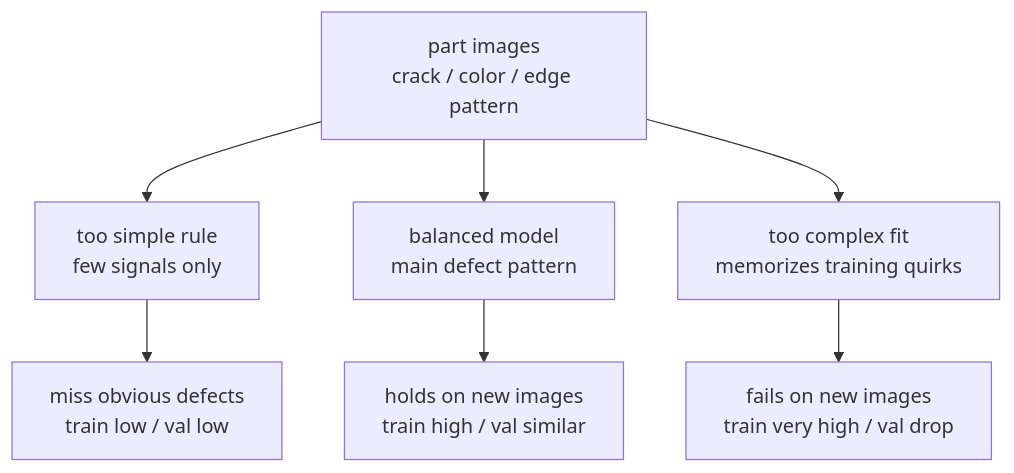
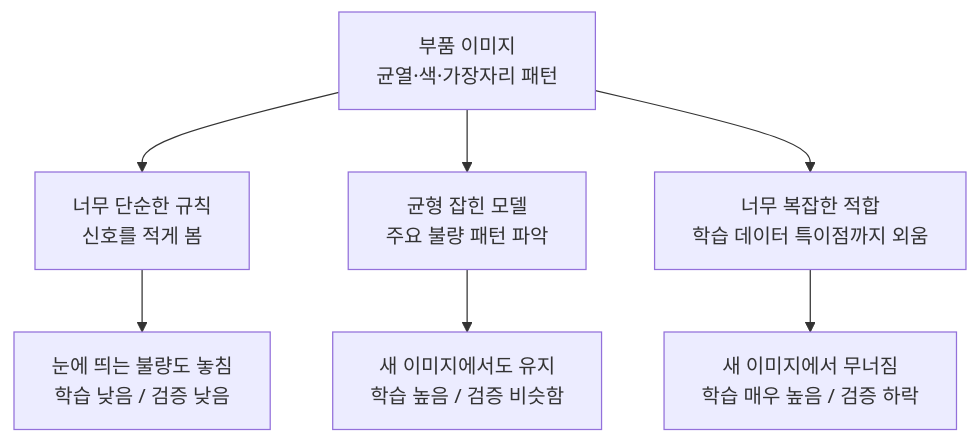
One commit to devchan64/AiBook changed the first of 3 diagrams in docs/parts/part-04/chapter-05/section-01.md. Above: the diagram before and after it, drawn with Mermaid. The commit also changed other lines of this file and 72 other files, not shown here.

````diff
--- a/docs/parts/part-04/chapter-05/section-01.md
+++ b/docs/parts/part-04/chapter-05/section-01.md
@@ -104,17 +104,17 @@
 ```mermaid
 flowchart TD
-  A["part images<br/>crack / color / edge pattern"]
-  B["too simple rule<br/>few signals only"]
-  C["balanced model<br/>main defect pattern"]
-  D["too complex fit<br/>memorizes training quirks"]
-  E["miss obvious defects<br/>train low / val low"]
-  F["holds on new images<br/>train high / val similar"]
-  G["fails on new images<br/>train very high / val drop"]
+  A["부품 이미지<br/>균열·색·가장자리 패턴"]
+  B["너무 단순한 규칙<br/>신호를 적게 봄"]
+  C["균형 잡힌 모델<br/>주요 불량 패턴 파악"]
+  D["너무 복잡한 적합<br/>학습 데이터 특이점까지 외움"]
+  E["눈에 띄는 불량도 놓침<br/>학습 낮음 / 검증 낮음"]
+  F["새 이미지에서도 유지<br/>학습 높음 / 검증 비슷함"]
+  G["새 이미지에서 무너짐<br/>학습 매우 높음 / 검증 하락"]
 
   A --> B
   A --> C
   A --> D
   B --> E
   C --> F
   D --> G
 ```
````
